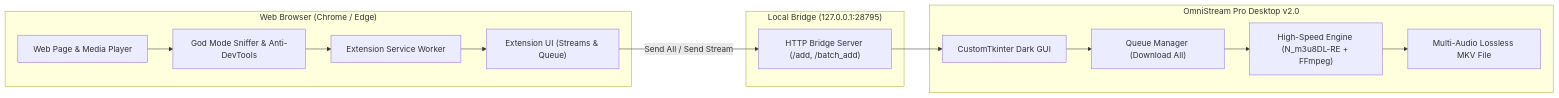
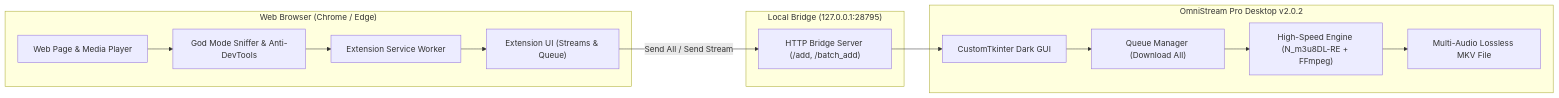
One commit to Xmon4u/OmniStream-Pro-v2 changed the diagram in README.md. Above: the diagram before and after it, drawn with Mermaid. The commit also changed other lines of this file and 22 other files, not shown here.

````diff
--- a/README.md
+++ b/README.md
@@ -54,29 +53,29 @@
 ```mermaid
 graph LR
     subgraph Browser ["Web Browser (Chrome / Edge)"]
         WebPage["Web Page & Media Player"]
         GodMode["God Mode Sniffer & Anti-DevTools"]
         ExtSW["Extension Service Worker"]
         Popup["Extension UI (Streams & Queue)"]
         WebPage --> GodMode
         GodMode --> ExtSW
         ExtSW --> Popup
     end
 
     subgraph Bridge ["Local Bridge (127.0.0.1:28795)"]
         BridgeServer["HTTP Bridge Server (/add, /batch_add)"]
     end
 
-    subgraph DesktopApp ["OmniStream Pro Desktop v2.0"]
+    subgraph DesktopApp ["OmniStream Pro Desktop v2.0.2"]
         GUI["CustomTkinter Dark GUI"]
         QueueMgr["Queue Manager (Download All)"]
         Engine["High-Speed Engine (N_m3u8DL-RE + FFmpeg)"]
         OutputMKV["Multi-Audio Lossless MKV File"]
         GUI --> QueueMgr
         QueueMgr --> Engine
         Engine --> OutputMKV
     end
 
     Popup -- "Send All / Send Stream" --> BridgeServer
     BridgeServer --> GUI
 ```
````
